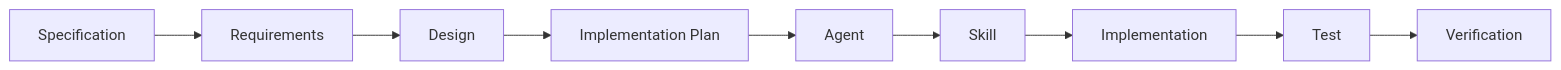
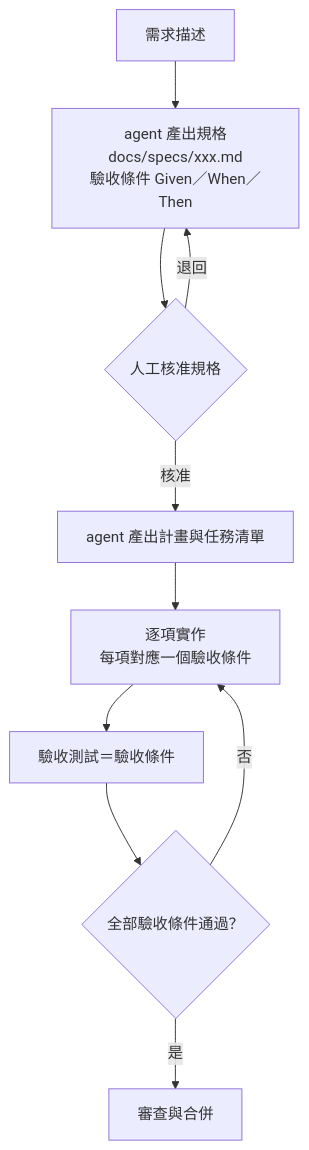
One commit to chihhung/Blog changed diagram 14 of 18 in content/posts/教學/AI開發/awesome-copilot教學手冊.md. Above: the diagram before and after it, drawn with Mermaid. The commit also changed other lines of this file and 1 other file, not shown here.

````diff
--- a/content/posts/教學/AI開發/awesome-copilot教學手冊.md
+++ b/content/posts/教學/AI開發/awesome-copilot教學手冊.md
@@ -3481,11 +3755,12 @@
 ```mermaid
-graph LR
-    A["Specification"] --> B["Requirements"]
-    B --> C["Design"]
-    C --> D["Implementation Plan"]
-    D --> E["Agent"]
-    E --> F["Skill"]
-    F --> G["Implementation"]
-    G --> H["Test"]
-    H --> I["Verification"]
+flowchart TB
+    S["需求描述"] --> SP["agent 產出規格<br/>docs/specs/xxx.md<br/>驗收條件 Given／When／Then"]
+    SP --> H{"人工核准規格"}
+    H -- "退回" --> SP
+    H -- "核准" --> P["agent 產出計畫與任務清單"]
+    P --> I["逐項實作<br/>每項對應一個驗收條件"]
+    I --> T["驗收測試＝驗收條件"]
+    T --> C{"全部驗收條件通過？"}
+    C -- "否" --> I
+    C -- "是" --> RV["審查與合併"]
 ```
````
